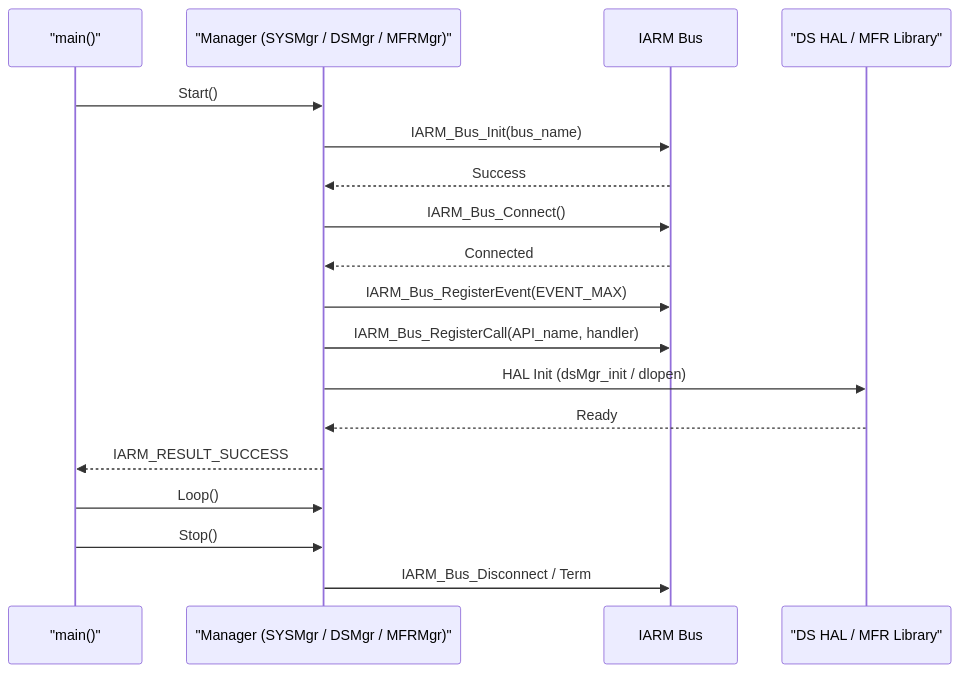
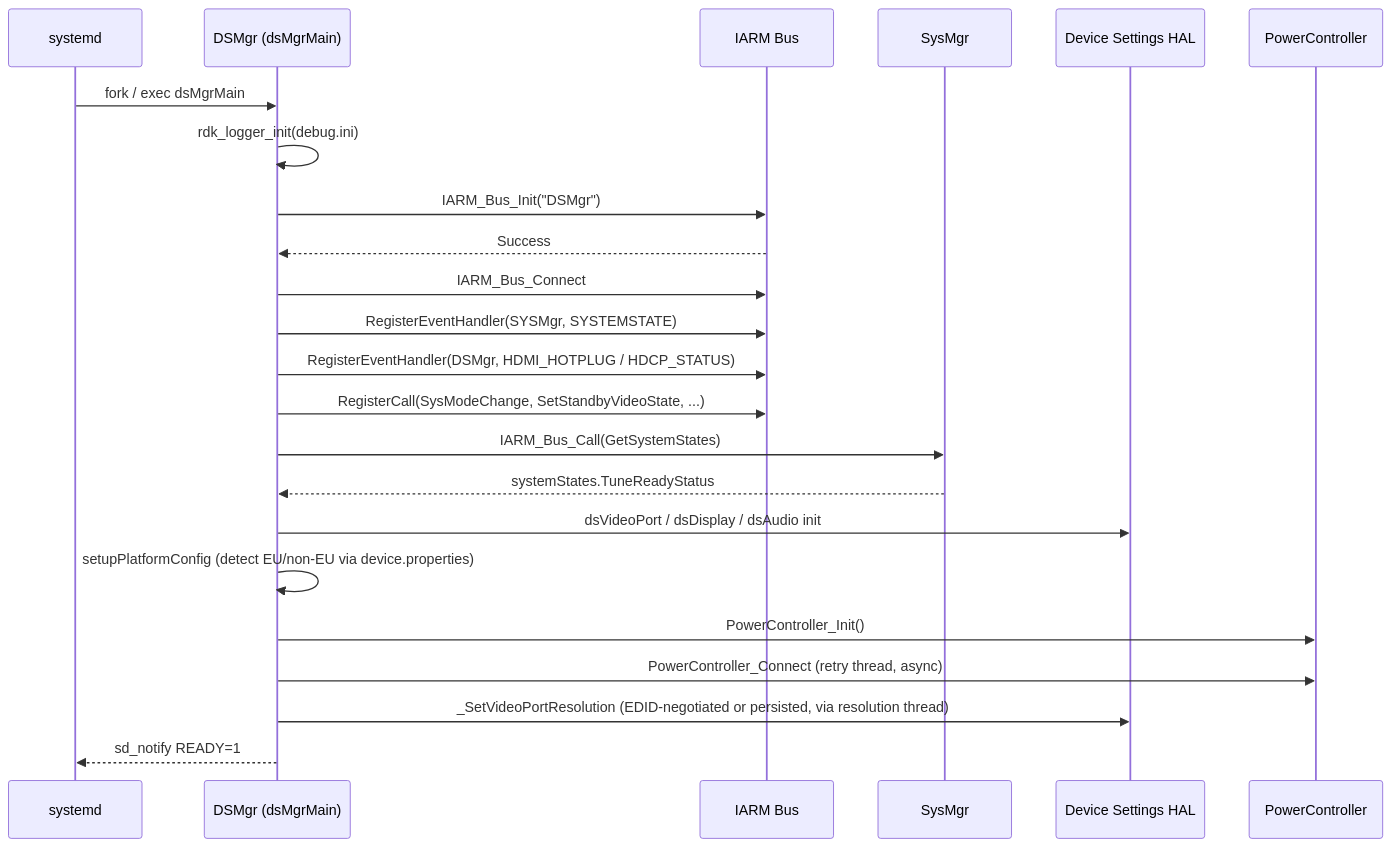
Before and after one commit to rns21/RDK_Documentation: the fourth of 7 diagrams in docs/docu/RDKV-Documentations/iarmmgrs.md, drawn with Mermaid. The commit also changed other lines of this file, not shown here.

````diff
--- a/docs/docu/RDKV-Documentations/iarmmgrs.md
+++ b/docs/docu/RDKV-Documentations/iarmmgrs.md
@@ -215,21 +251,26 @@
 ```mermaid
 sequenceDiagram
-    participant Main as "main()"
-    participant Mgr as "Manager (SYSMgr / DSMgr / MFRMgr)"
+    participant Systemd as systemd
+    participant DSMgr as DSMgr (dsMgrMain)
     participant IARM as IARM Bus
-    participant HAL as "DS HAL / MFR Library"
+    participant SYSMgr as SysMgr
+    participant DS as Device Settings HAL
+    participant PWR as PowerController
 
-    Main->>Mgr: Start()
-    Mgr->>IARM: IARM_Bus_Init(bus_name)
-    IARM-->>Mgr: Success
-    Mgr->>IARM: IARM_Bus_Connect()
-    IARM-->>Mgr: Connected
-    Mgr->>IARM: IARM_Bus_RegisterEvent(EVENT_MAX)
-    Mgr->>IARM: IARM_Bus_RegisterCall(API_name, handler)
-    Mgr->>HAL: HAL Init (dsMgr_init / dlopen)
-    HAL-->>Mgr: Ready
-    Mgr-->>Main: IARM_RESULT_SUCCESS
-    Main->>Mgr: Loop()
-    Main->>Mgr: Stop()
-    Mgr->>IARM: IARM_Bus_Disconnect / Term
+    Systemd->>DSMgr: fork / exec dsMgrMain
+    DSMgr->>DSMgr: rdk_logger_init(debug.ini)
+    DSMgr->>IARM: IARM_Bus_Init("DSMgr")
+    IARM-->>DSMgr: Success
+    DSMgr->>IARM: IARM_Bus_Connect
+    DSMgr->>IARM: RegisterEventHandler(SYSMgr, SYSTEMSTATE)
+    DSMgr->>IARM: RegisterEventHandler(DSMgr, HDMI_HOTPLUG / HDCP_STATUS)
+    DSMgr->>IARM: RegisterCall(SysModeChange, SetStandbyVideoState, ...)
+    DSMgr->>SYSMgr: IARM_Bus_Call(GetSystemStates)
+    SYSMgr-->>DSMgr: systemStates.TuneReadyStatus
+    DSMgr->>DS: dsVideoPort / dsDisplay / dsAudio init
+    DSMgr->>DSMgr: setupPlatformConfig (detect EU/non-EU via device.properties)
+    DSMgr->>PWR: PowerController_Init()
+    DSMgr->>PWR: PowerController_Connect (retry thread, async)
+    DSMgr->>DS: _SetVideoPortResolution (EDID-negotiated or persisted, via resolution thread)
+    DSMgr-->>Systemd: sd_notify READY=1
 ```
````
